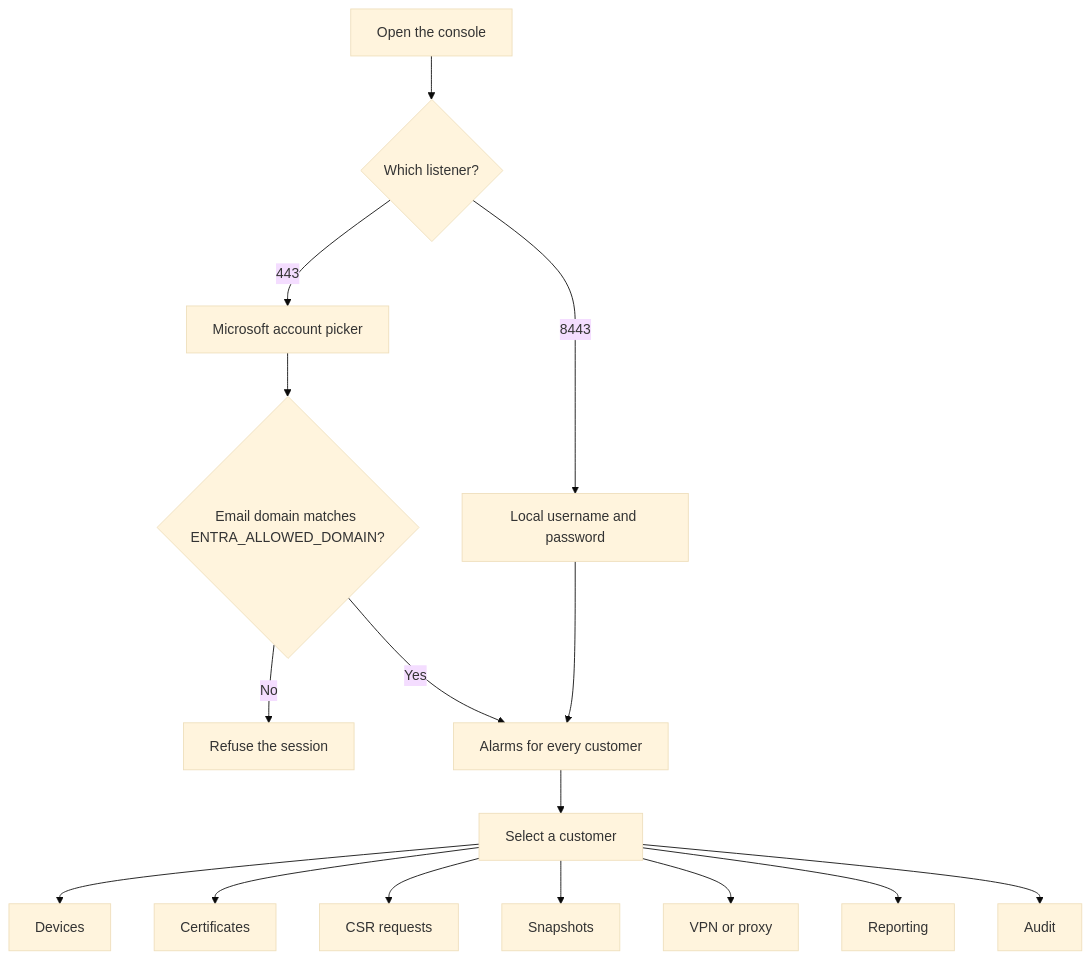
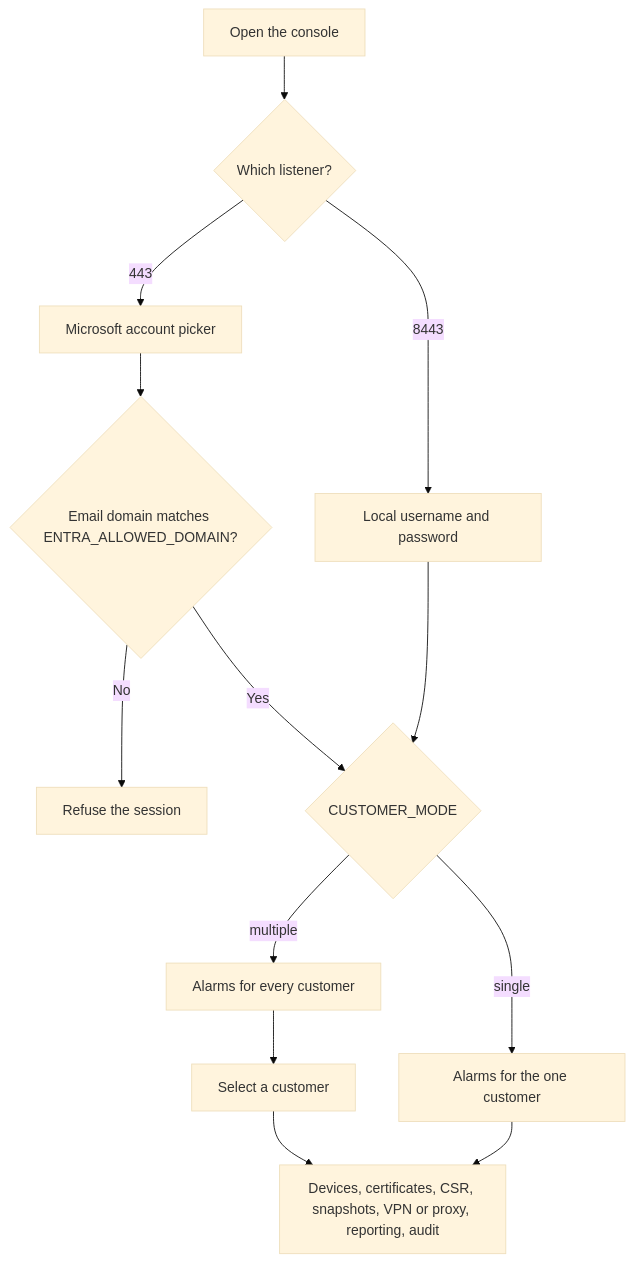
One commit to bmiles-git/avaya-sbce-manager changed the first of 3 diagrams in README.md. Above: the diagram before and after it, drawn with Mermaid (base theme). The commit also changed other lines of this file and 9 other files, not shown here.

Commit message:
Add a single-customer mode and document it in the flow.

````diff
--- a/README.md
+++ b/README.md
@@ -28,19 +28,16 @@
 ```mermaid
 flowchart TD
   open[Open the console]
   open --> port{Which listener?}
   port -->|443| entra[Microsoft account picker]
   entra --> domain{Email domain matches ENTRA_ALLOWED_DOMAIN?}
   domain -->|No| refuse[Refuse the session]
-  domain -->|Yes| alarms[Alarms for every customer]
+  domain -->|Yes| mode{CUSTOMER_MODE}
   port -->|8443| local[Local username and password]
-  local --> alarms
+  local --> mode
+  mode -->|multiple| alarms[Alarms for every customer]
   alarms --> choose[Select a customer]
-  choose --> devices[Devices]
-  choose --> certs[Certificates]
-  choose --> csrpage[CSR requests]
-  choose --> snaps[Snapshots]
-  choose --> reach[VPN or proxy]
-  choose --> report[Reporting]
-  choose --> audit[Audit]
+  mode -->|single| one[Alarms for the one customer]
+  choose --> pages[Devices, certificates, CSR, snapshots, VPN or proxy, reporting, audit]
+  one --> pages
 ```
````
